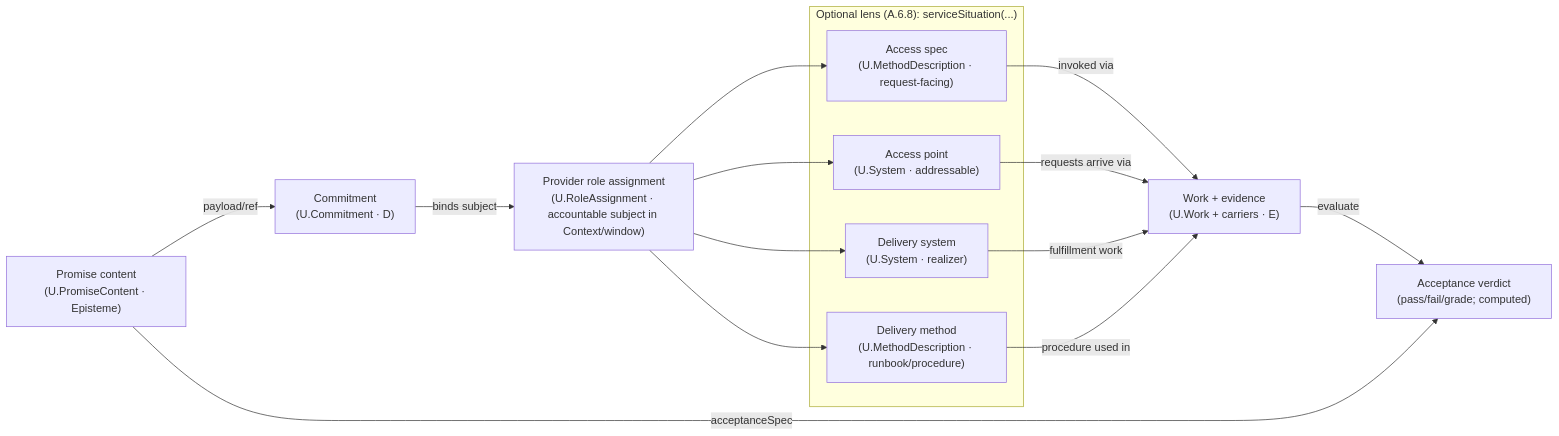
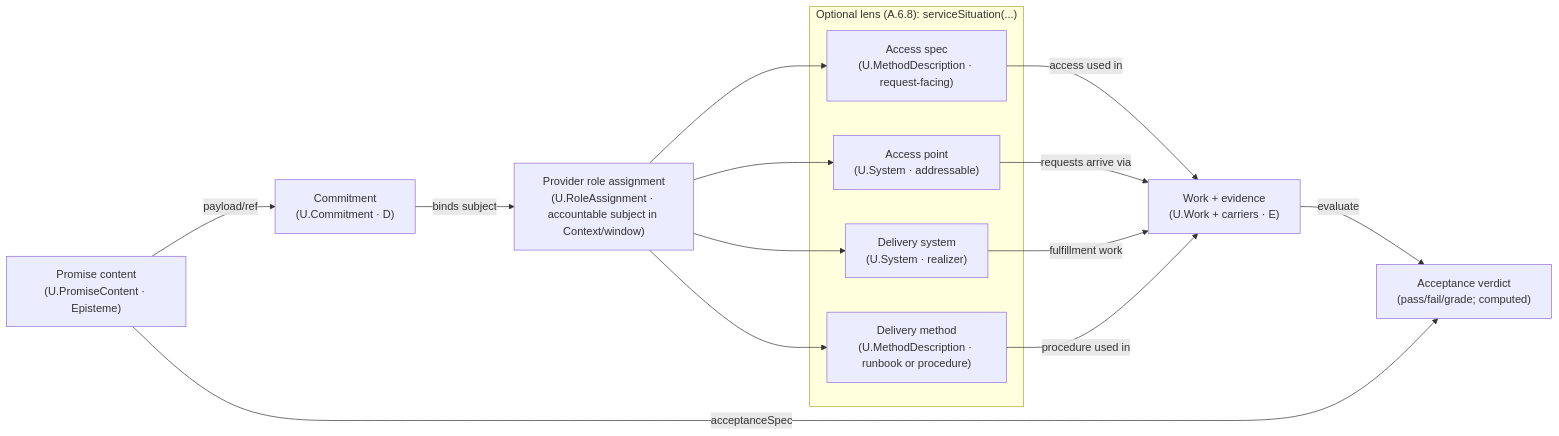
Before and after one commit to pokrovskiyv/FPF-agent: the diagram in sections/04-part-a-kernel-architecture-cluster/07-a23-a23-upromisecontent-promise-content.md, drawn with Mermaid. The commit also changed other lines of this file and 456 other files, not shown here.

````diff
--- a/sections/04-part-a-kernel-architecture-cluster/07-a23-a23-upromisecontent-promise-content.md
+++ b/sections/04-part-a-kernel-architecture-cluster/07-a23-a23-upromisecontent-promise-content.md
@@ -203,32 +203,32 @@
 ```mermaid
 flowchart LR
   SC["Promise content<br/>(U.PromiseContent · Episteme)"]
   C["Commitment<br/>(U.Commitment · D)"]
   RA["Provider role assignment<br/>(U.RoleAssignment · accountable subject in Context/window)"]
 
   subgraph LENS["Optional lens (A.6.8): serviceSituation(...)"]
     AS["Access spec<br/>(U.MethodDescription · request‑facing)"]
     AP["Access point<br/>(U.System · addressable)"]
     DS["Delivery system<br/>(U.System · realizer)"]
-    DM["Delivery method<br/>(U.MethodDescription · runbook/procedure)"]
+    DM["Delivery method<br/>(U.MethodDescription · runbook or procedure)"]
   end
 
   W["Work + evidence<br/>(U.Work + carriers · E)"]
   V["Acceptance verdict<br/>(pass/fail/grade; computed)"]
 
   SC -->|"payload/ref"| C
   C -->|"binds subject"| RA
 
   RA --> AS
   RA --> AP
   RA --> DS
   RA --> DM
 
-  AS -->|"invoked via"| W
+  AS -->|"access used in"| W
   AP -->|"requests arrive via"| W
   DS -->|"fulfillment work"| W
   DM -->|"procedure used in"| W
 
   W -->|"evaluate"| V
   SC -->|"acceptanceSpec"| V
 ```
````
